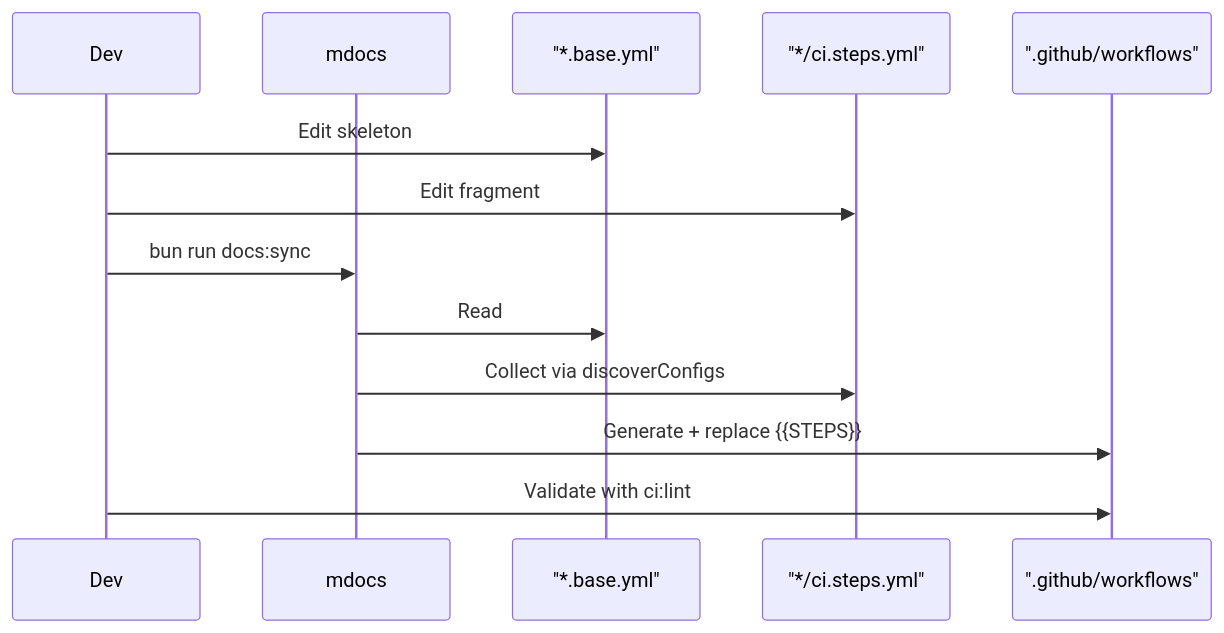
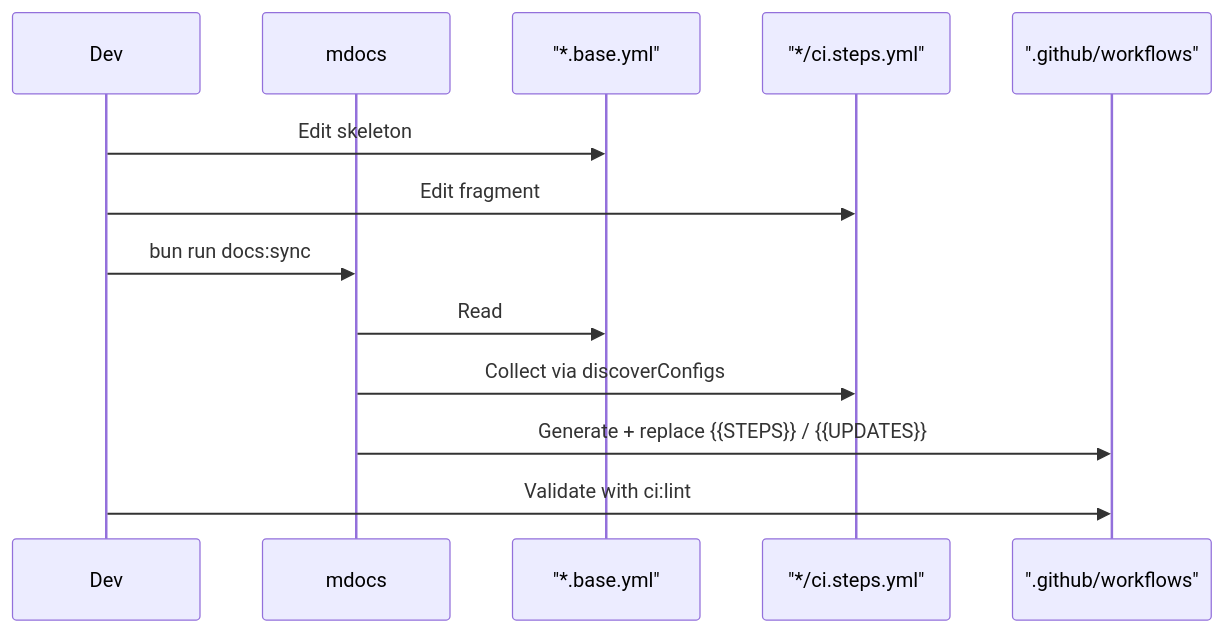
One commit to Archont561/ts-monorepo-template changed the diagram in configs/gh-actions/README.md. Above: the diagram before and after it, drawn with Mermaid. The commit also changed other lines of this file and 17 other files, not shown here.

````diff
--- a/configs/gh-actions/README.md
+++ b/configs/gh-actions/README.md
@@ -33,16 +35,16 @@
 ```mermaid
 sequenceDiagram
     participant Dev
     participant Mdocs as mdocs
     participant Base as "*.base.yml"
     participant Frag as "*/ci.steps.yml"
     participant GH as ".github/workflows"
 
     Dev->>Base: Edit skeleton
     Dev->>Frag: Edit fragment
     Dev->>Mdocs: bun run docs:sync
     Mdocs->>Base: Read
     Mdocs->>Frag: Collect via discoverConfigs
-    Mdocs->>GH: Generate + replace {{STEPS}}
+    Mdocs->>GH: Generate + replace {{STEPS}} / {{UPDATES}}
     Dev->>GH: Validate with ci:lint
 ```
````
